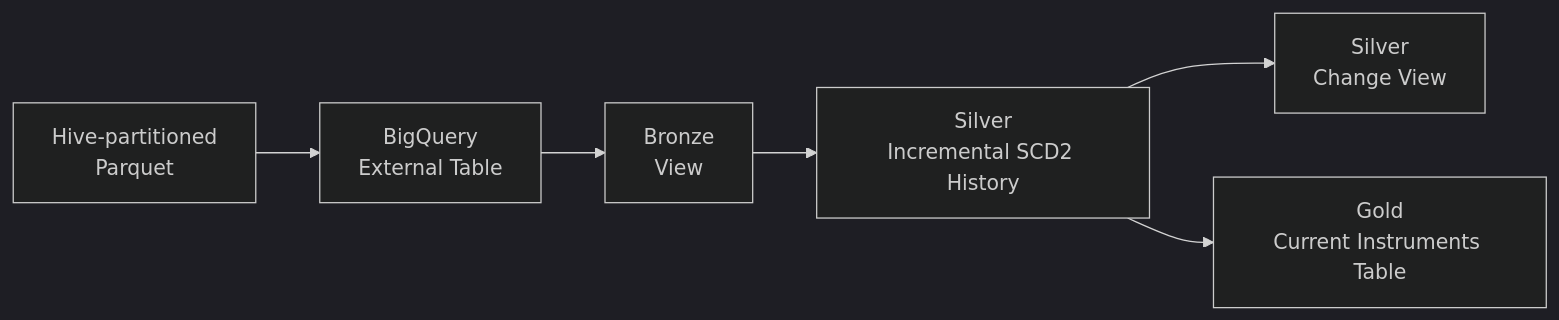
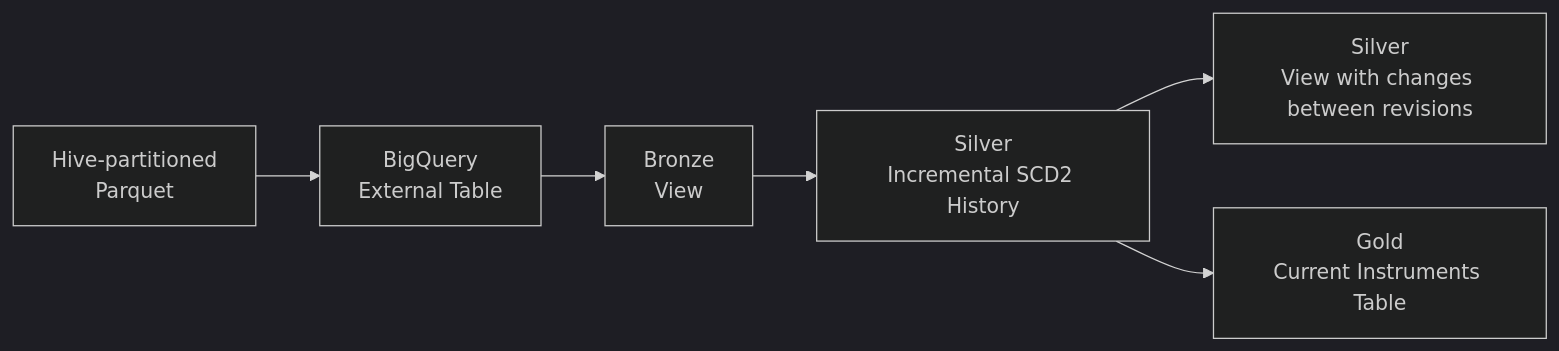
Before and after one commit to kruglov-dmitry/dbt_intro: the diagram in README.md, drawn with Mermaid (dark theme). The commit also changed other lines of this file and 1 other file, not shown here.

````diff
--- a/README.md
+++ b/README.md
@@ -9,8 +13,8 @@
 ```mermaid
 flowchart LR
     A["Hive-partitioned<br/>Parquet"] --> B["BigQuery<br/>External Table"]
     B --> C["Bronze<br/>View"]
     C --> D["Silver<br/>Incremental SCD2 History"]
-    D --> E["Silver<br/>Change View"]
+    D --> E["Silver<br/>View with changes between revisions"]
     D --> F["Gold<br/>Current Instruments Table"]
 ```
````
